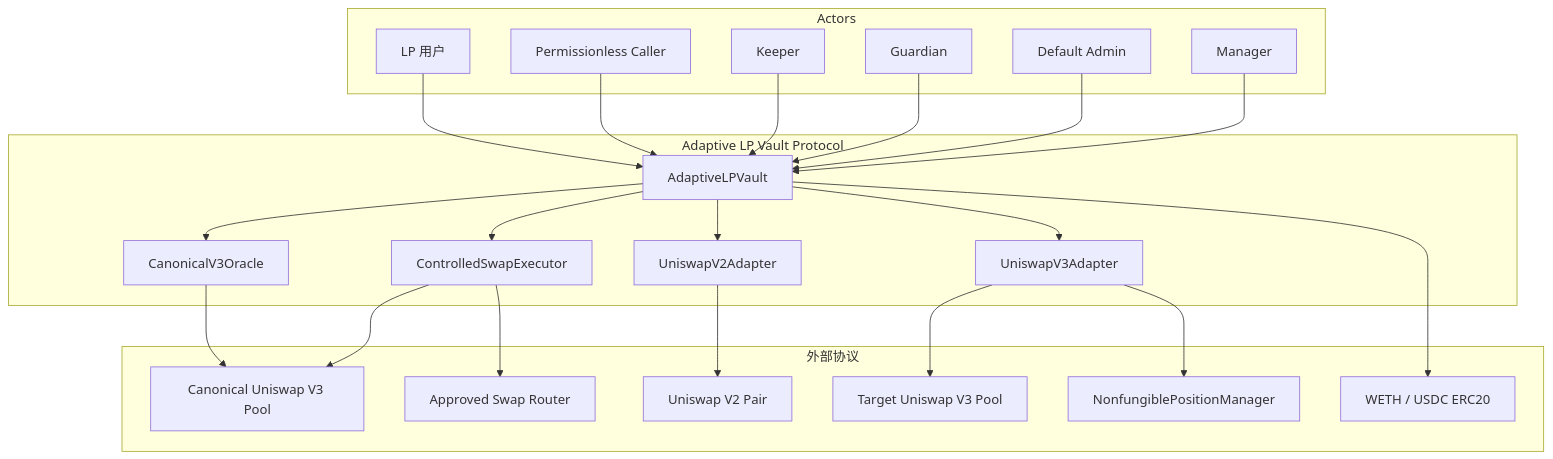
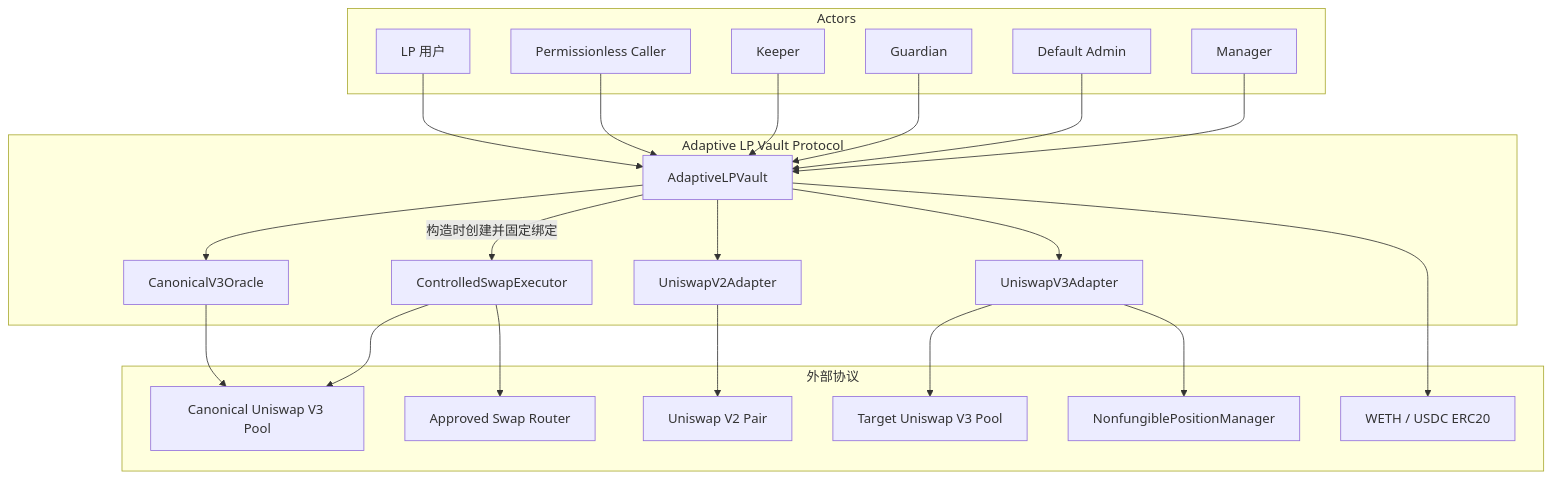
One commit to GGHansome/Adaptive-LP-Vault changed the first of 10 diagrams in docs/ARCHITECTURE.md. Above: the diagram before and after it, drawn with Mermaid. The commit also changed other lines of this file and 21 other files, not shown here.

````diff
--- a/docs/ARCHITECTURE.md
+++ b/docs/ARCHITECTURE.md
@@ -23,46 +23,46 @@
 ```mermaid
 flowchart TB
     subgraph Actors
         LP[LP 用户]
         Caller[Permissionless Caller]
         Keeper[Keeper]
         Guardian[Guardian]
         DefaultAdmin[Default Admin]
         Manager[Manager]
     end
 
     subgraph Protocol[Adaptive LP Vault Protocol]
         Vault[AdaptiveLPVault]
         Oracle[CanonicalV3Oracle]
         Swap[ControlledSwapExecutor]
         V2Adapter[UniswapV2Adapter]
         V3Adapter[UniswapV3Adapter]
     end
 
     subgraph External[外部协议]
         V2Pair[Uniswap V2 Pair]
         V3Pool[Canonical Uniswap V3 Pool]
         V3Venue[Target Uniswap V3 Pool]
         PositionManager[NonfungiblePositionManager]
         Router[Approved Swap Router]
         ERC20[WETH / USDC ERC20]
     end
 
     LP --> Vault
     Caller --> Vault
     Keeper --> Vault
     Guardian --> Vault
     DefaultAdmin --> Vault
     Manager --> Vault
     Vault --> Oracle
-    Vault --> Swap
+    Vault -->|构造时创建并固定绑定| Swap
     Vault --> V2Adapter
     Vault --> V3Adapter
     V2Adapter --> V2Pair
     V3Adapter --> V3Venue
     V3Adapter --> PositionManager
     Oracle --> V3Pool
     Swap --> V3Pool
     Swap --> Router
     Vault --> ERC20
 ```
````
